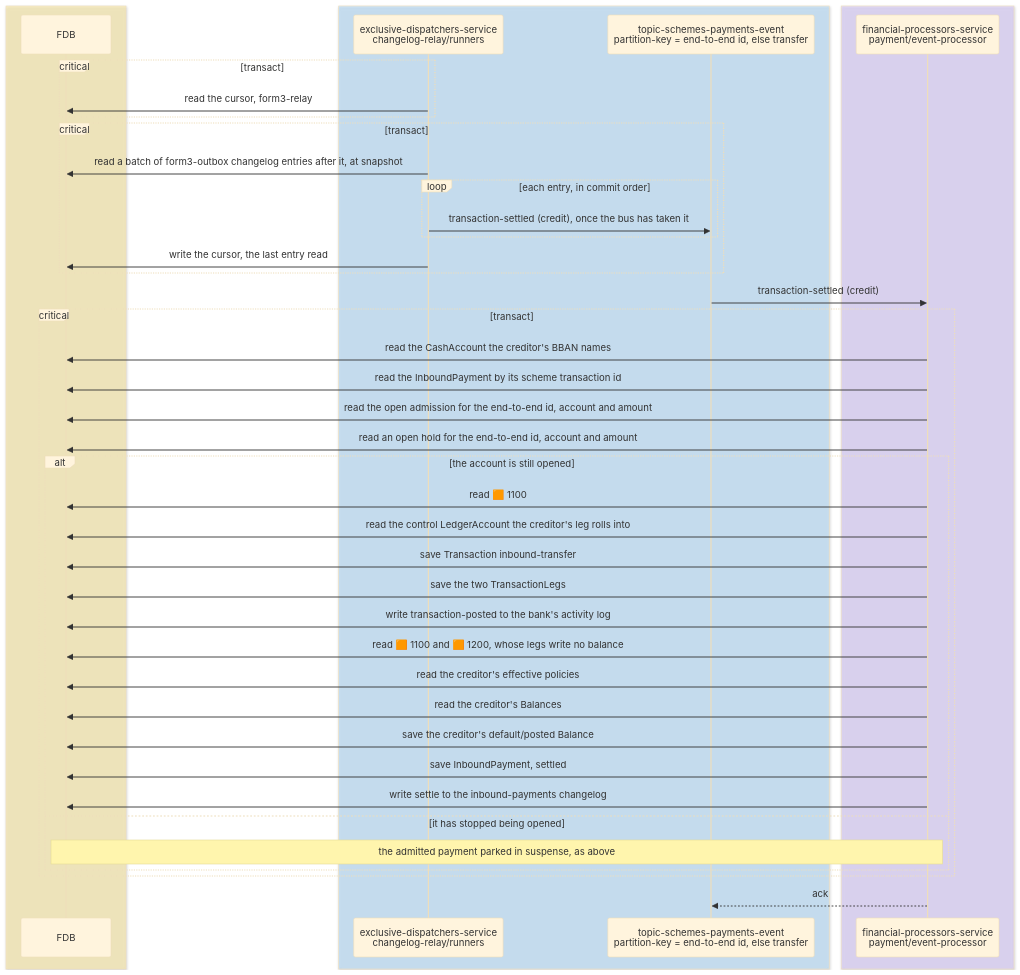
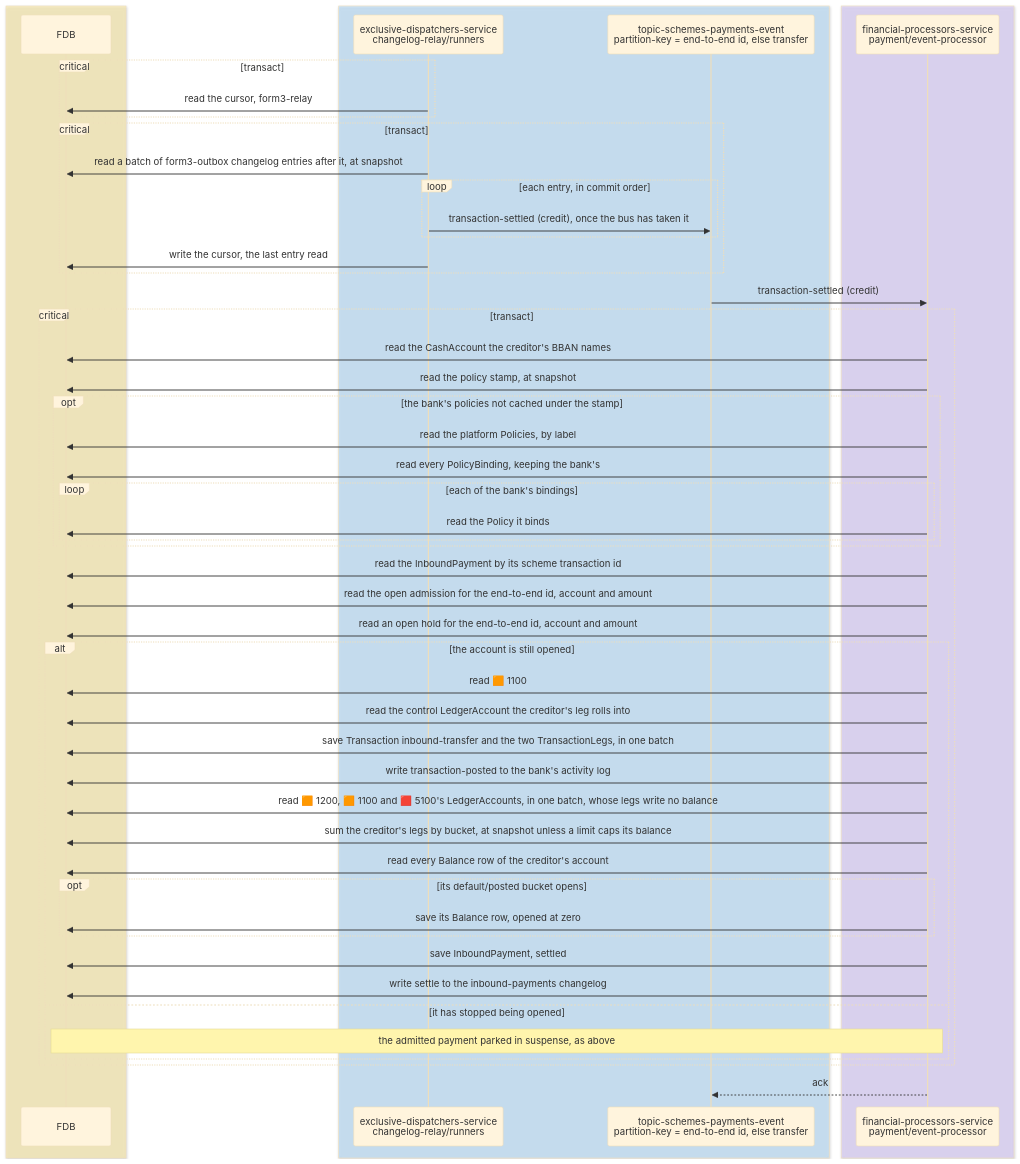
One commit to repldriven/queenswood changed diagram 12 of 15 in docs/tdd/payments-inbound.md. Above: the diagram before and after it, drawn with Mermaid (base theme). The commit also changed other lines of this file and 2 other files, not shown here.

Commit message:
Draw each payment flow's FDB calls as the code makes them: balances summed from legs and a row saved only where a bucket opens, batched reads and saves, the policy stamp and the ledger account id cache, and the intent poller's limited reads, rounds and concurrent reconciles

````diff
--- a/docs/tdd/payments-inbound.md
+++ b/docs/tdd/payments-inbound.md
@@ -562,46 +619,55 @@
 ```mermaid
 sequenceDiagram
     box rgba(255, 236, 153, 0.5)
     participant DB as FDB
     end
     box rgba(165, 216, 255, 0.45)
     participant OR as exclusive-dispatchers-service<br/>changelog-relay/runners
     participant SE as topic-schemes-payments-event<br/>partition-key = end-to-end id, else transfer
     end
     box rgba(208, 191, 255, 0.45)
     participant PE as financial-processors-service<br/>payment/event-processor
     end
     critical transact
     OR->>DB: read the cursor, form3-relay
     end
     critical transact
     OR->>DB: read a batch of form3-outbox changelog entries after it, at snapshot
     loop each entry, in commit order
     OR->>SE: transaction-settled (credit), once the bus has taken it
     end
     OR->>DB: write the cursor, the last entry read
     end
     SE->>PE: transaction-settled (credit)
     critical transact
     PE->>DB: read the CashAccount the creditor's BBAN names
+    PE->>DB: read the policy stamp, at snapshot
+    opt the bank's policies not cached under the stamp
+    PE->>DB: read the platform Policies, by label
+    PE->>DB: read every PolicyBinding, keeping the bank's
+    loop each of the bank's bindings
+    PE->>DB: read the Policy it binds
+    end
+    end
     PE->>DB: read the InboundPayment by its scheme transaction id
     PE->>DB: read the open admission for the end-to-end id, account and amount
     PE->>DB: read an open hold for the end-to-end id, account and amount
     alt the account is still opened
     PE->>DB: read 🟧 1100
     PE->>DB: read the control LedgerAccount the creditor's leg rolls into
-    PE->>DB: save Transaction inbound-transfer
-    PE->>DB: save the two TransactionLegs
+    PE->>DB: save Transaction inbound-transfer and the two TransactionLegs, in one batch
     PE->>DB: write transaction-posted to the bank's activity log
-    PE->>DB: read 🟧 1100 and 🟧 1200, whose legs write no balance
-    PE->>DB: read the creditor's effective policies
-    PE->>DB: read the creditor's Balances
-    PE->>DB: save the creditor's default/posted Balance
+    PE->>DB: read 🟧 1200, 🟧 1100 and 🟥 5100's LedgerAccounts, in one batch, whose legs write no balance
+    PE->>DB: sum the creditor's legs by bucket, at snapshot unless a limit caps its balance
+    PE->>DB: read every Balance row of the creditor's account
+    opt its default/posted bucket opens
+    PE->>DB: save its Balance row, opened at zero
+    end
     PE->>DB: save InboundPayment, settled
     PE->>DB: write settle to the inbound-payments changelog
     else it has stopped being opened
     Note over PE,DB: the admitted payment parked in suspense, as above
     end
     end
     PE-->>SE: ack
 ```
````
